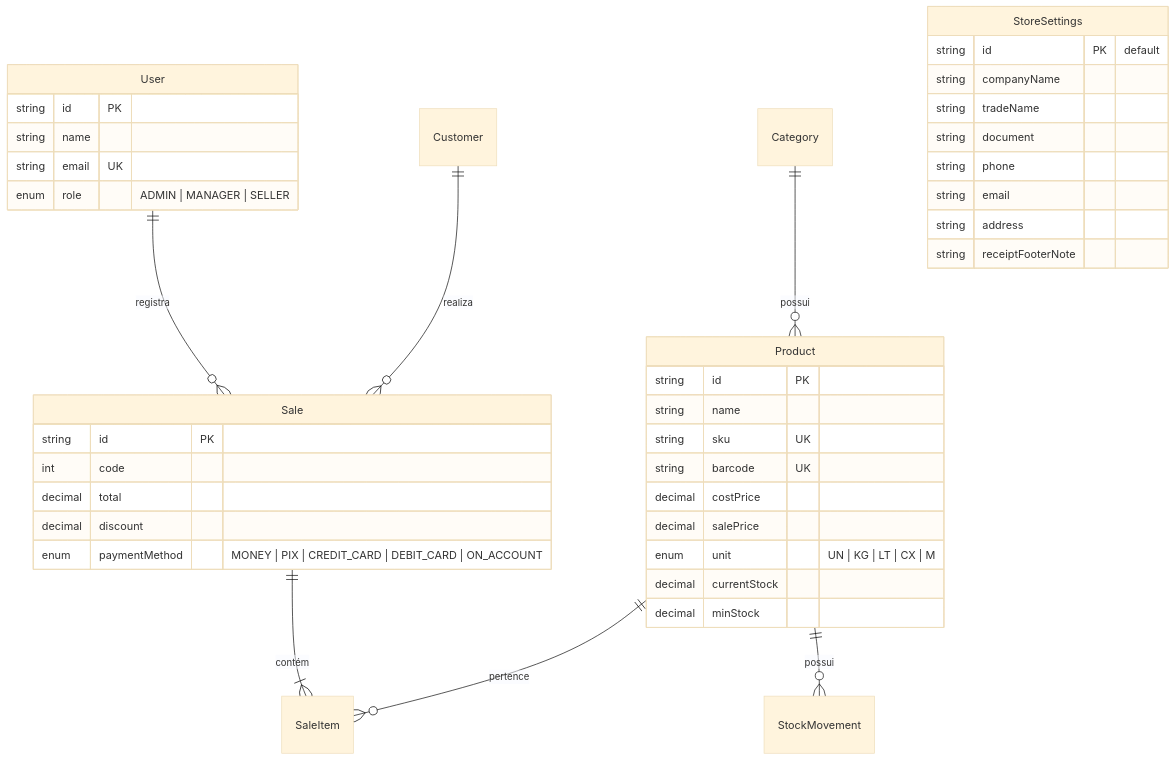
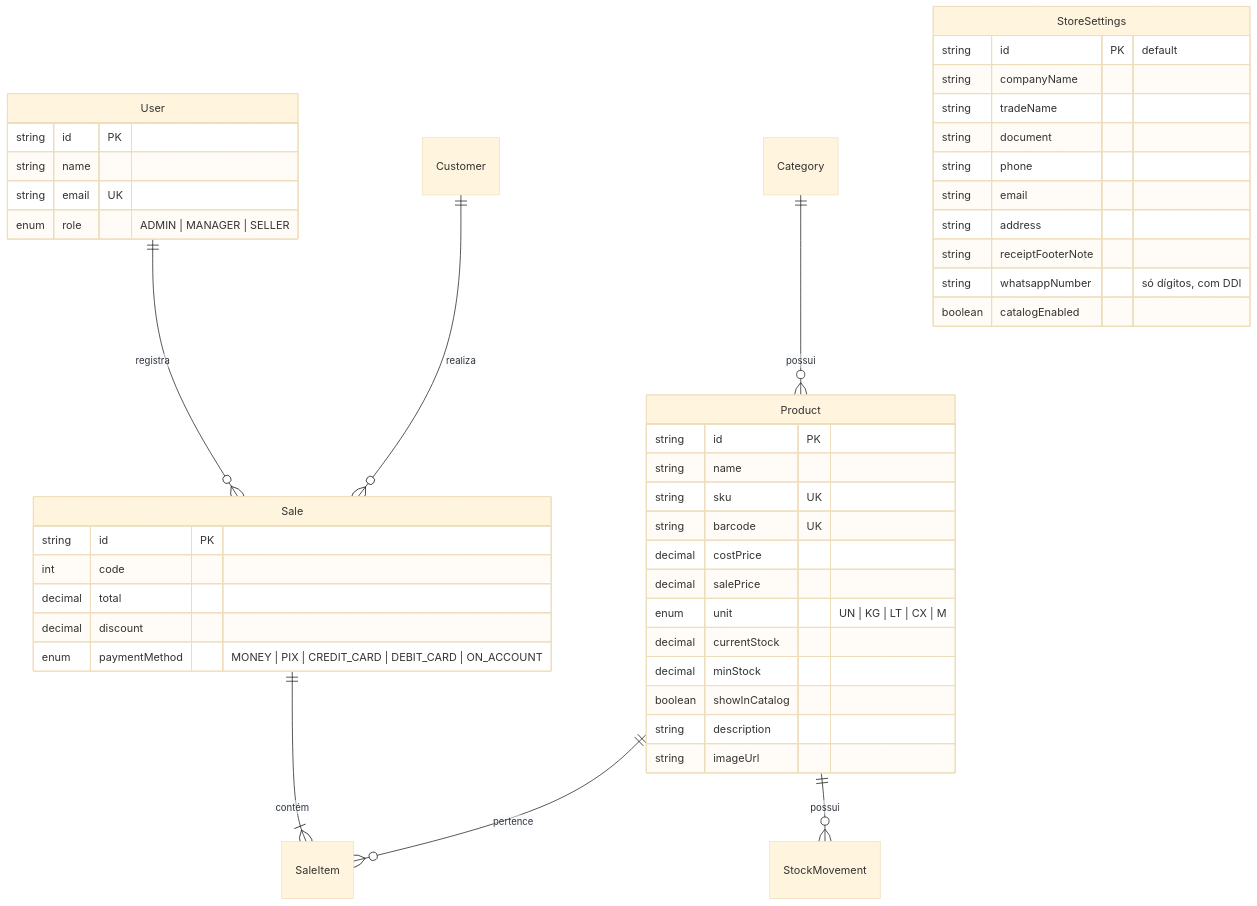
The second of 2 diagrams in ARCHITECTURE.md (BrunoMNoronha/gestao-lojas), drawn with Mermaid (base theme) before and after one commit. The commit also changed other lines of this file and 28 other files, not shown here.

````diff
--- a/ARCHITECTURE.md
+++ b/ARCHITECTURE.md
@@ -29,47 +29,52 @@
 ```mermaid
 erDiagram
     User ||--o{ Sale : "registra"
     Customer ||--o{ Sale : "realiza"
     Category ||--o{ Product : "possui"
     Product ||--o{ SaleItem : "pertence"
     Sale ||--|{ SaleItem : "contém"
     Product ||--o{ StockMovement : "possui"
 
     User {
         string id PK
         string name
         string email UK
         enum role "ADMIN | MANAGER | SELLER"
     }
 
     Product {
         string id PK
         string name
         string sku UK
         string barcode UK
         decimal costPrice
         decimal salePrice
         enum unit "UN | KG | LT | CX | M"
         decimal currentStock
         decimal minStock
+        boolean showInCatalog
+        string description
+        string imageUrl
     }
 
     StoreSettings {
         string id PK "default"
         string companyName
         string tradeName
         string document
         string phone
         string email
         string address
         string receiptFooterNote
+        string whatsappNumber "só dígitos, com DDI"
+        boolean catalogEnabled
     }
 
     Sale {
         string id PK
         int code
         decimal total
         decimal discount
         enum paymentMethod "MONEY | PIX | CREDIT_CARD | DEBIT_CARD | ON_ACCOUNT"
     }
 ```
````
